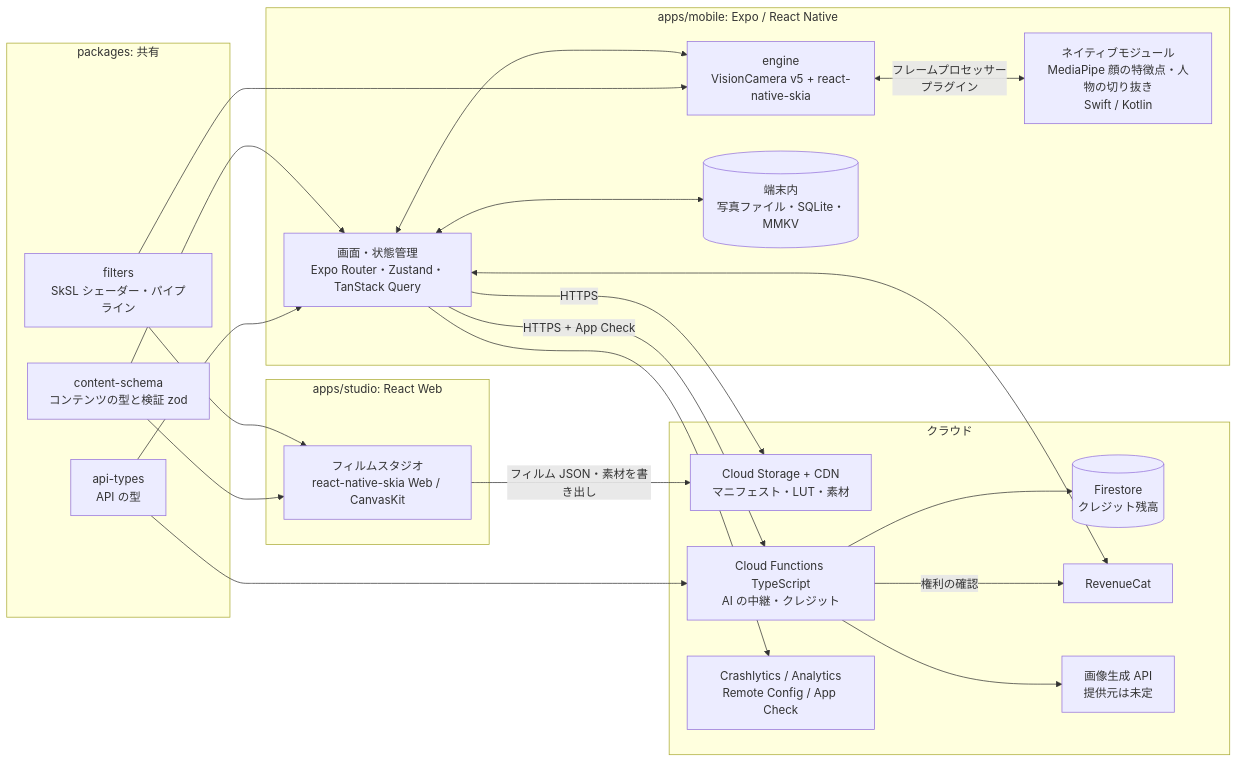
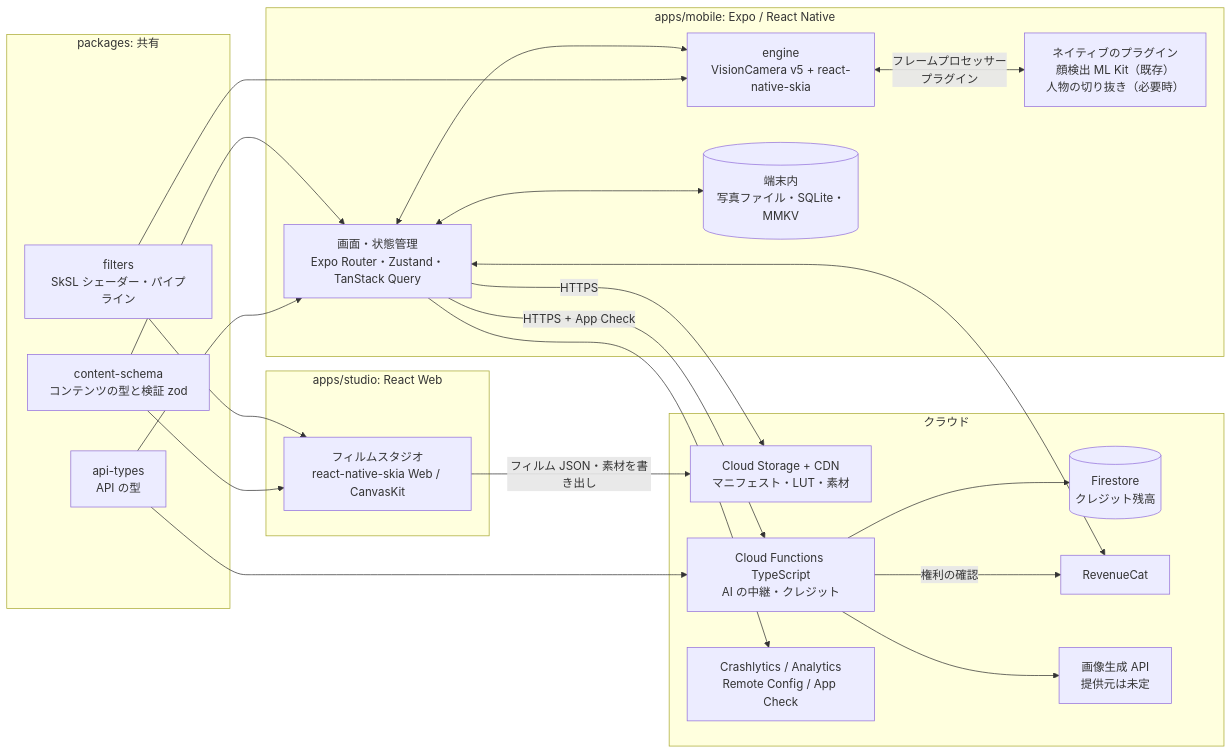
Before and after one commit to dorachan121/fanT: the diagram in docs/requirements/07-system-architecture.md, drawn with Mermaid. The commit also changed other lines of this file and 4 other files, not shown here.

````diff
--- a/docs/requirements/07-system-architecture.md
+++ b/docs/requirements/07-system-architecture.md
@@ -25,47 +25,47 @@
 ```mermaid
 flowchart LR
     subgraph Mobile[apps/mobile: Expo / React Native]
         UI[画面・状態管理<br/>Expo Router・Zustand・TanStack Query]
         Engine[engine<br/>VisionCamera v5 + react-native-skia]
-        NM[ネイティブモジュール<br/>MediaPipe 顔の特徴点・人物の切り抜き<br/>Swift / Kotlin]
+        NM[ネイティブのプラグイン<br/>顔検出 ML Kit（既存）<br/>人物の切り抜き（必要時）]
         Local[(端末内<br/>写真ファイル・SQLite・MMKV)]
         UI <--> Engine
         Engine <-->|フレームプロセッサー<br/>プラグイン| NM
         UI <--> Local
     end
 
     subgraph Shared[packages: 共有]
         Filters[filters<br/>SkSL シェーダー・パイプライン]
         Schema[content-schema<br/>コンテンツの型と検証 zod]
         ApiTypes[api-types<br/>API の型]
     end
 
     subgraph Studio[apps/studio: React Web]
         StudioUI[フィルムスタジオ<br/>react-native-skia Web / CanvasKit]
     end
 
     subgraph Cloud[クラウド]
         CDN[Cloud Storage + CDN<br/>マニフェスト・LUT・素材]
         Fn[Cloud Functions TypeScript<br/>AI の中継・クレジット]
         DB[(Firestore<br/>クレジット残高)]
         RC[RevenueCat]
         GenAI[画像生成 API<br/>提供元は未定]
         Mon[Crashlytics / Analytics<br/>Remote Config / App Check]
     end
 
     Filters --> Engine
     Filters --> StudioUI
     Schema --> UI
     Schema --> StudioUI
     ApiTypes --> UI
     ApiTypes --> Fn
 
     StudioUI -->|フィルム JSON・素材を書き出し| CDN
     UI -->|HTTPS| CDN
     UI -->|HTTPS + App Check| Fn
     Fn --> DB
     Fn --> GenAI
     Fn -->|権利の確認| RC
     UI <--> RC
     UI --> Mon
 ```
````
